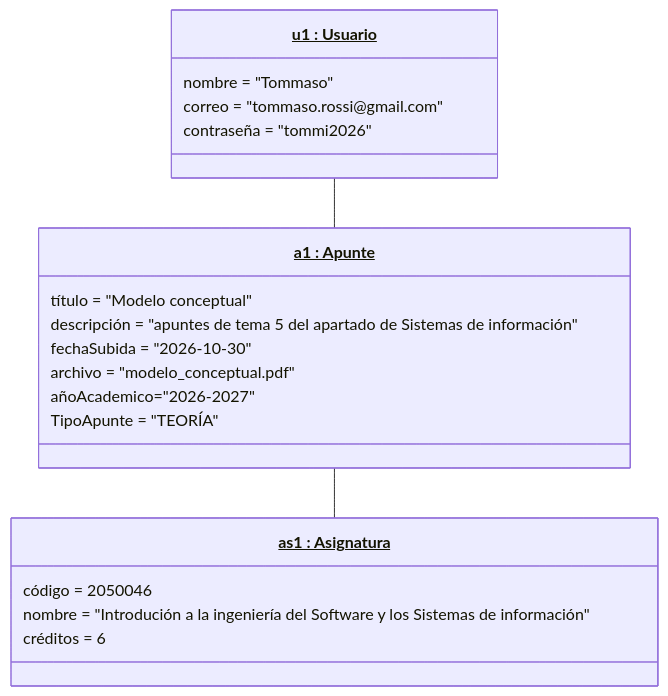
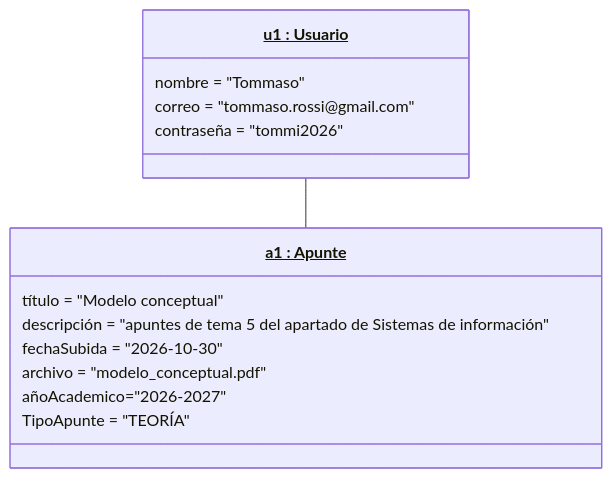
The diagram in README.md (JaavierBC/proyecto-curso-iissi1-2026-GWQ0807), drawn with Mermaid before and after one commit. The commit also changed other lines of this file, not shown here.

Commit message:
Revise test scenario EP-01 description
Updated the test scenario description to remove the subject details and simplified the text.

````diff
--- a/README.md
+++ b/README.md
@@ -350,23 +349,17 @@
 ```mermaid
 classDiagram
     class u1["<u>u1 : Usuario</u>"]{
         nombre = "Tommaso"
         correo = "tommaso.rossi@gmail.com"
         contraseña = "tommi2026"
     }
     class a1["<u>a1 : Apunte</u>"]{
         título = "Modelo conceptual"
         descripción = "apuntes de tema 5 del apartado de Sistemas de información"
         fechaSubida = "2026-10-30"
         archivo = "modelo_conceptual.pdf"
         añoAcademico="2026-2027"
         TipoApunte = "TEORÍA" 
     }
-    class as1["<u>as1 : Asignatura</u>"]{
-        código = 2050046
-        nombre = "Introdución a la ingeniería del Software y los Sistemas de información"
-        créditos = 6
-    }
     u1 -- a1
-    a1 -- as1
 ```
````
